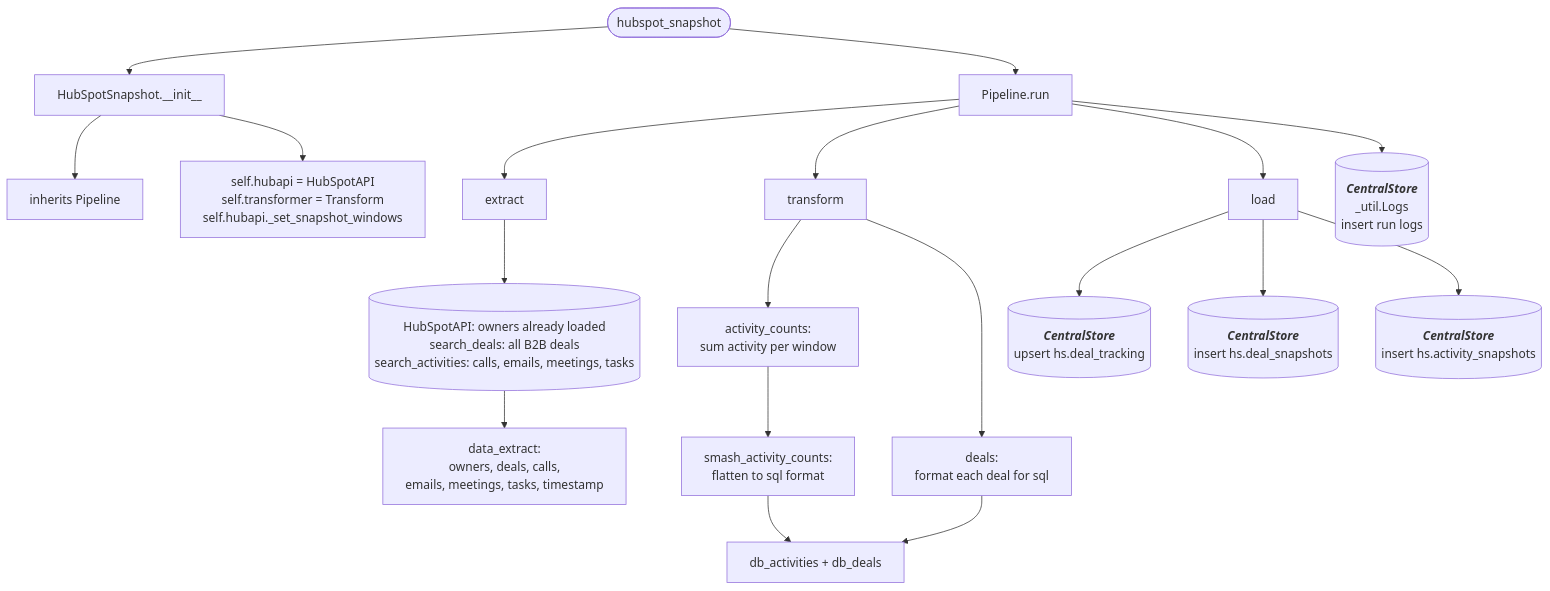
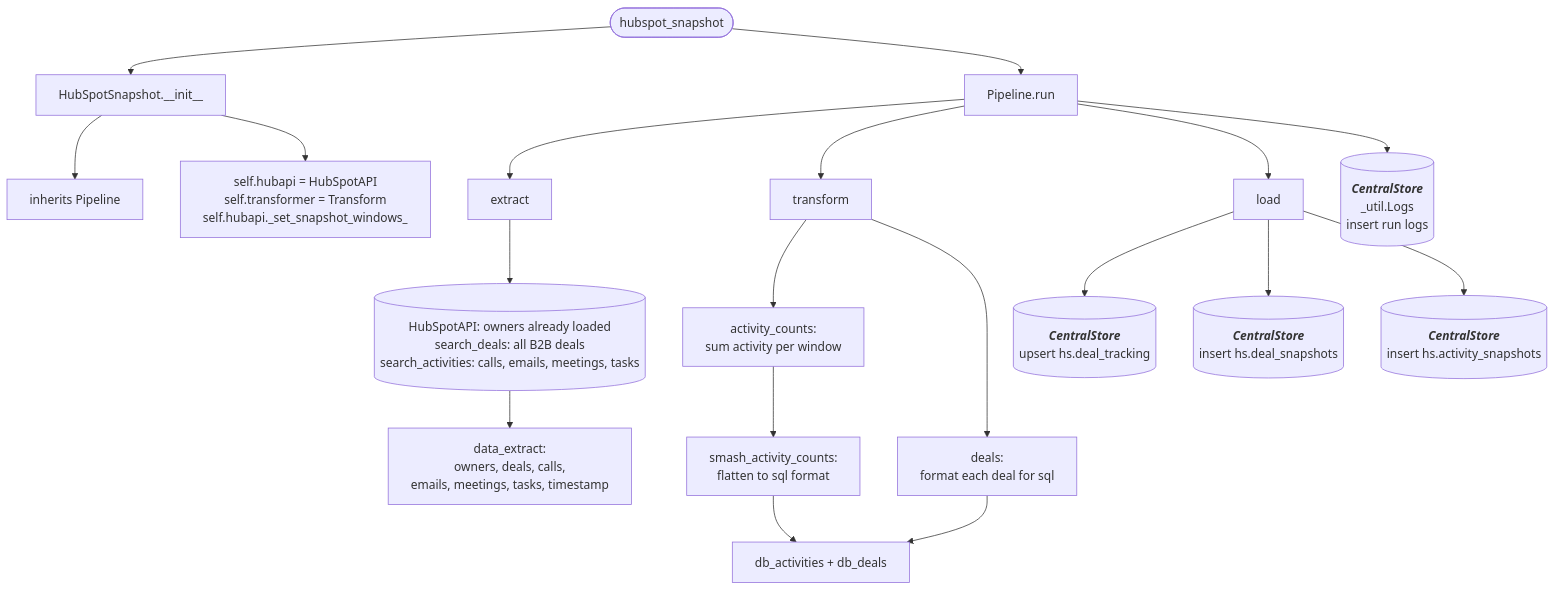
The diagram in docs/functions/hubspot_snapshots.md (journeyhl/integration-platform), drawn with Mermaid before and after one commit. The commit also changed 14 other files, not shown here.

````diff
--- a/docs/functions/hubspot_snapshots.md
+++ b/docs/functions/hubspot_snapshots.md
@@ -14,47 +14,47 @@
 ```mermaid
 %%{init: {"flowchart": {"wrappingWidth": 400}}}%%
 flowchart TD
     A([hubspot_snapshot]) --> B[HubSpotSnapshot.__init__]
     B --> B1[inherits Pipeline]
     B --> B2[ 
         self.hubapi = HubSpotAPI
         self.transformer = Transform
-        self.hubapi._set_snapshot_windows
+        self.hubapi._set_snapshot_windows_
     ]
     A --> RUN[Pipeline.run]
 
     RUN --> EX[extract]
     EX --> HS[(HubSpotAPI: owners already loaded
     search_deals: all B2B deals
     search_activities: calls, emails, meetings, tasks)]
     HS --> EX_OUT[data_extract:
     owners, deals, calls,<br/>emails, meetings, tasks, timestamp]
 
     RUN --> TR[transform]
     TR --> T1[activity_counts: 
     sum activity per window ]
     T1 --> T2[smash_activity_counts: 
     flatten to sql format]
     TR --> T3[deals: 
     format each deal for sql]
     T2 & T3 --> TR_OUT[db_activities + db_deals]
 
     RUN --> LD[load]
     LD --> CS1[(
         <b><i>CentralStore</i></b>
         upsert hs.deal_tracking
     )]
     LD --> CS2[(
         <b><i>CentralStore</i></b>
         insert hs.deal_snapshots
     )]
     LD --> CS3[(
         <b><i>CentralStore</i></b>
         insert hs.activity_snapshots
     )]
 
     RUN --> LOGS[(
         <b><i>CentralStore</i></b>
         _util.Logs<br/>insert run logs
     )]
 ```
````
